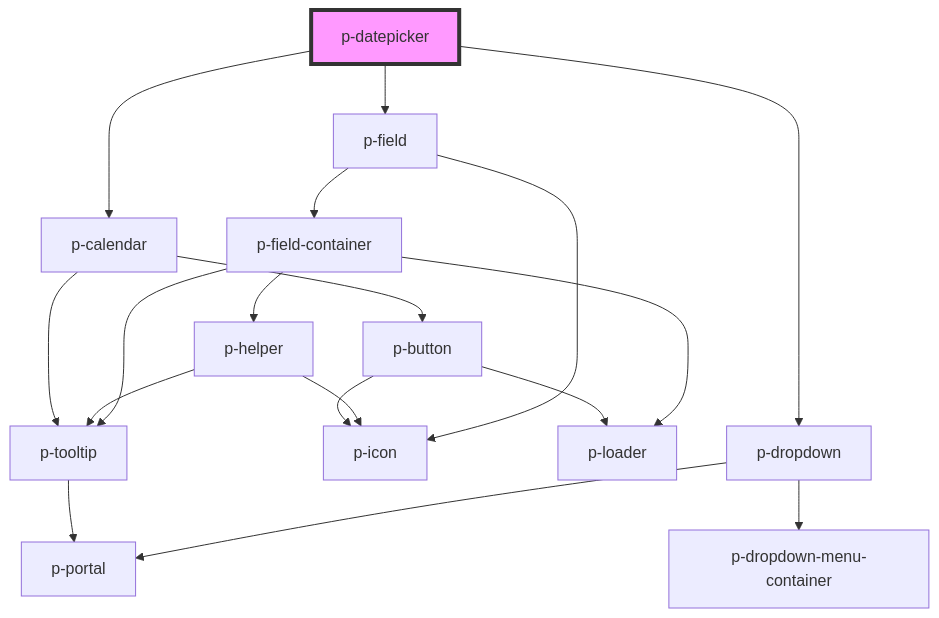
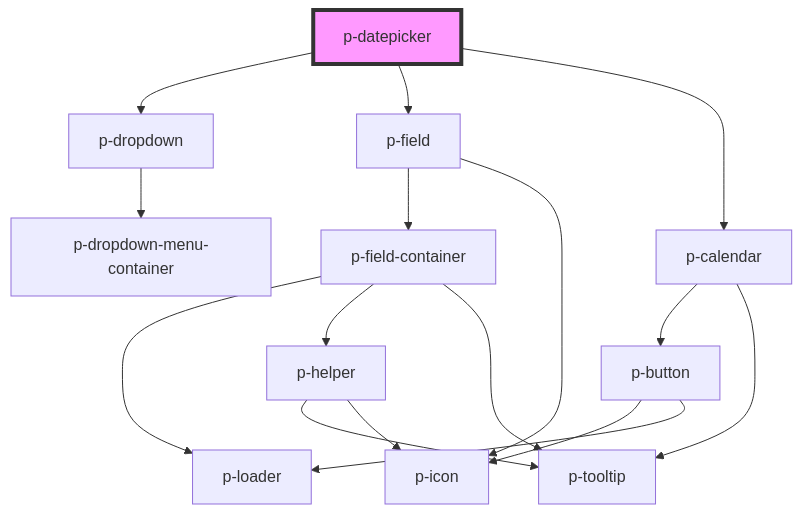
One commit to Employes/Paperless changed the diagram in packages/core/src/components/molecules/datepicker/readme.md. Above: the diagram before and after it, drawn with Mermaid. The commit also changed 28 other files, not shown here.

````diff
--- a/packages/core/src/components/molecules/datepicker/readme.md
+++ b/packages/core/src/components/molecules/datepicker/readme.md
@@ -54,21 +54,19 @@
 ```mermaid
 graph TD;
   p-datepicker --> p-dropdown
   p-datepicker --> p-field
   p-datepicker --> p-calendar
-  p-dropdown --> p-portal
   p-dropdown --> p-dropdown-menu-container
   p-field --> p-field-container
   p-field --> p-icon
   p-field-container --> p-loader
   p-field-container --> p-helper
   p-field-container --> p-tooltip
   p-helper --> p-tooltip
   p-helper --> p-icon
-  p-tooltip --> p-portal
   p-calendar --> p-button
   p-calendar --> p-tooltip
   p-button --> p-icon
   p-button --> p-loader
   style p-datepicker fill:#f9f,stroke:#333,stroke-width:4px
 ```
````
